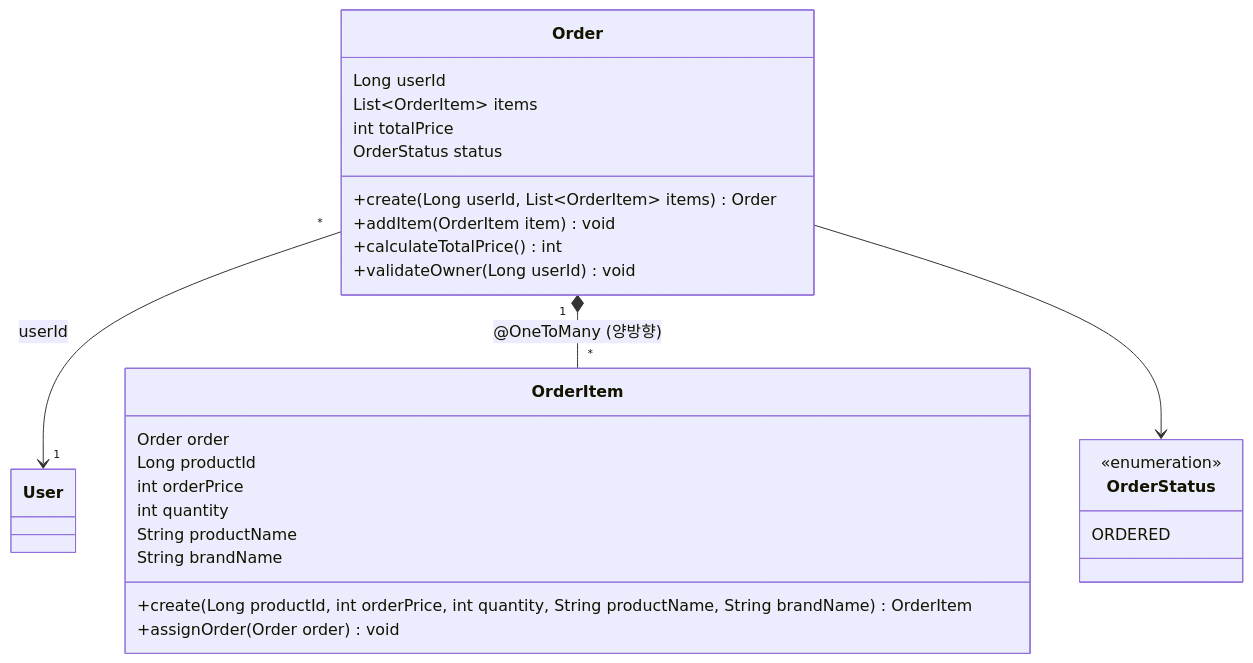
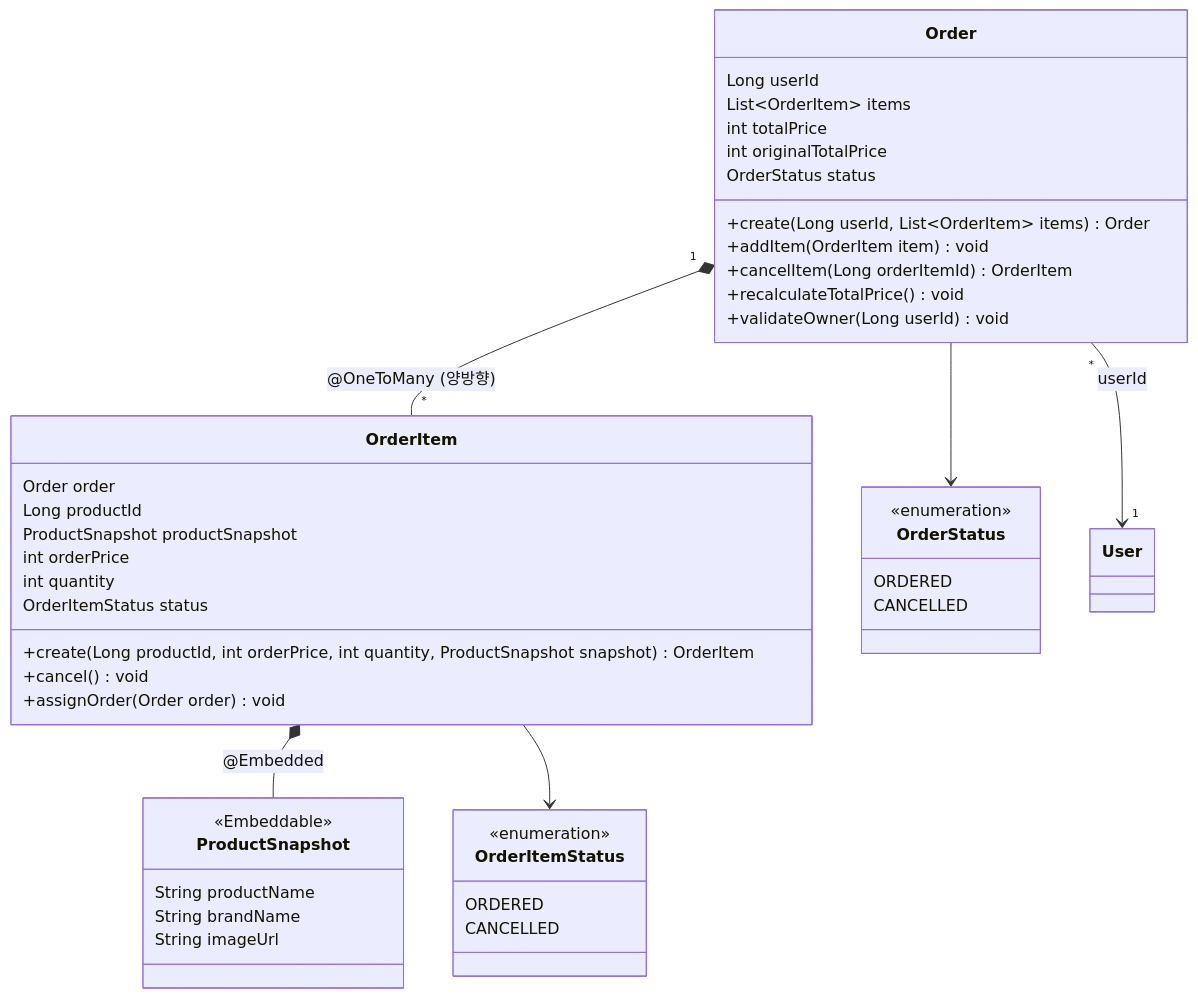
One commit to plan11plan/loop-pack-be-l2-vol3-java changed the third of 4 diagrams in docs/design/order/DESIGN.md. Above: the diagram before and after it, drawn with Mermaid. The commit also changed other lines of this file and 2 other files, not shown here.

````diff
--- a/docs/design/order/DESIGN.md
+++ b/docs/design/order/DESIGN.md
@@ -147,33 +237,52 @@
 ```mermaid
 classDiagram
     class Order {
         Long userId
         List~OrderItem~ items
         int totalPrice
+        int originalTotalPrice
         OrderStatus status
         +create(Long userId, List~OrderItem~ items) Order
         +addItem(OrderItem item) void
-        +calculateTotalPrice() int
+        +cancelItem(Long orderItemId) OrderItem
+        +recalculateTotalPrice() void
         +validateOwner(Long userId) void
     }
 
     class OrderItem {
         Order order
         Long productId
+        ProductSnapshot productSnapshot
         int orderPrice
         int quantity
+        OrderItemStatus status
+        +create(Long productId, int orderPrice, int quantity, ProductSnapshot snapshot) OrderItem
+        +cancel() void
+        +assignOrder(Order order) void
+    }
+
+    class ProductSnapshot {
+        <<Embeddable>>
         String productName
         String brandName
-        +create(Long productId, int orderPrice, int quantity, String productName, String brandName) OrderItem
-        +assignOrder(Order order) void
+        String imageUrl
     }
 
     class OrderStatus {
         <<enumeration>>
         ORDERED
+        CANCELLED
+    }
+
+    class OrderItemStatus {
+        <<enumeration>>
+        ORDERED
+        CANCELLED
     }
 
     Order "*" --> "1" User : userId
     Order "1" *-- "*" OrderItem : @OneToMany (양방향)
     Order --> OrderStatus
+    OrderItem *-- ProductSnapshot : @Embedded
+    OrderItem --> OrderItemStatus
 ```
````
